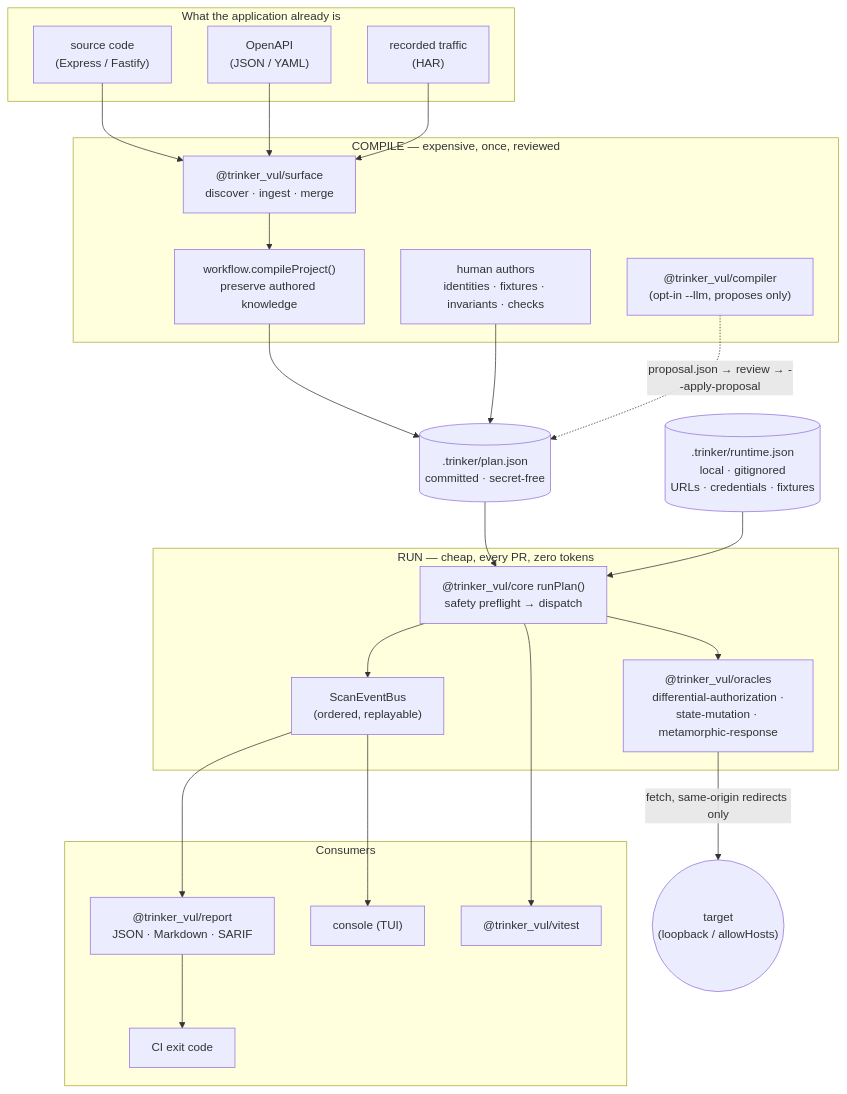
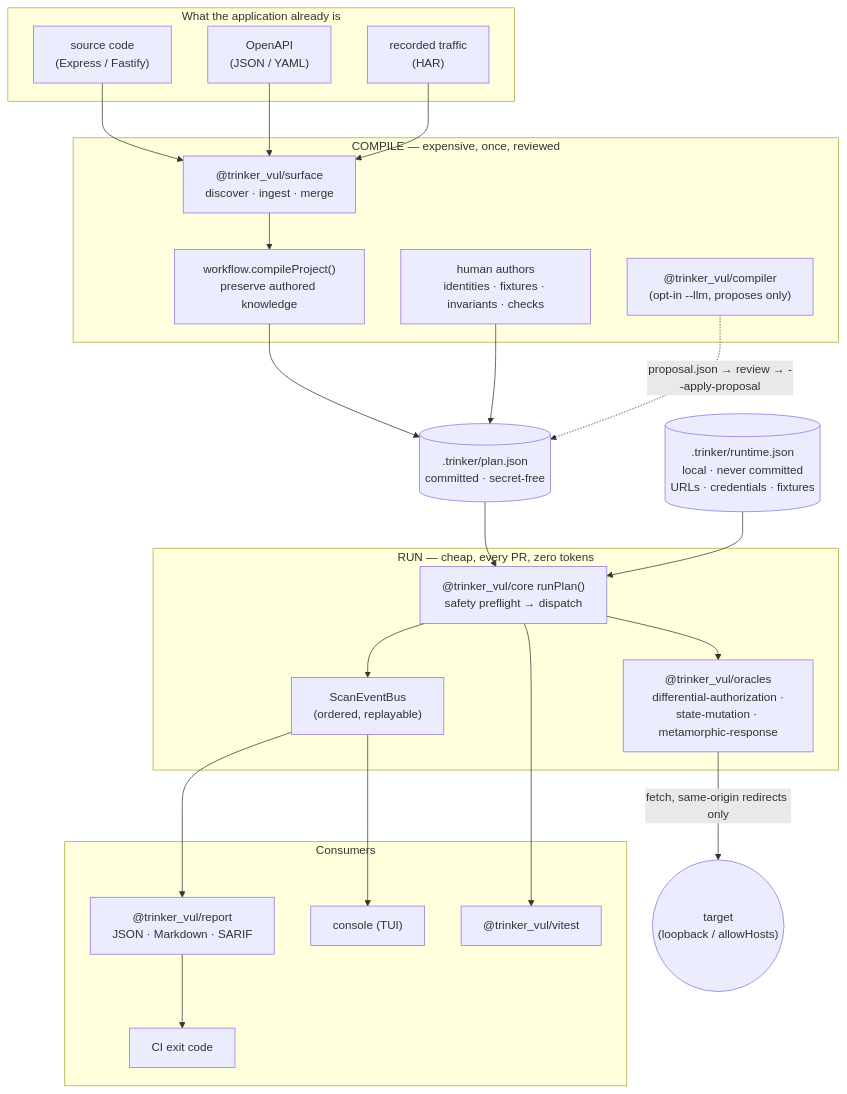
One commit to Paardhu22/trinker changed the first of 11 diagrams in README.md. Above: the diagram before and after it, drawn with Mermaid. The commit also changed other lines of this file, not shown here.

Commit message:
docs: README — init does not gitignore runtime.json; show how to

````diff
--- a/README.md
+++ b/README.md
@@ -114,44 +116,44 @@
 ```mermaid
 flowchart TB
     subgraph Inputs["What the application already is"]
         SRC["source code<br/>(Express / Fastify)"]
         OAS["OpenAPI<br/>(JSON / YAML)"]
         HAR["recorded traffic<br/>(HAR)"]
     end
 
     subgraph Compile["COMPILE — expensive, once, reviewed"]
         SURF["@trinker_vul/surface<br/>discover · ingest · merge"]
         DET["workflow.compileProject()<br/>preserve authored knowledge"]
         HUMAN["human authors<br/>identities · fixtures · invariants · checks"]
         LLM["@trinker_vul/compiler<br/>(opt-in --llm, proposes only)"]
     end
 
     PLAN[(".trinker/plan.json<br/>committed · secret-free")]
-    RT[(".trinker/runtime.json<br/>local · gitignored<br/>URLs · credentials · fixtures")]
+    RT[(".trinker/runtime.json<br/>local · never committed<br/>URLs · credentials · fixtures")]
 
     subgraph Run["RUN — cheap, every PR, zero tokens"]
         CORE["@trinker_vul/core runPlan()<br/>safety preflight → dispatch"]
         ORC["@trinker_vul/oracles<br/>differential-authorization ·<br/>state-mutation · metamorphic-response"]
         BUS["ScanEventBus<br/>(ordered, replayable)"]
     end
 
     subgraph Out["Consumers"]
         REP["@trinker_vul/report<br/>JSON · Markdown · SARIF"]
         TUI["console (TUI)"]
         CI["CI exit code"]
         VT["@trinker_vul/vitest"]
     end
 
     TARGET(("target<br/>(loopback / allowHosts)"))
 
     SRC & OAS & HAR --> SURF --> DET --> PLAN
     HUMAN --> PLAN
     LLM -.->|"proposal.json → review → --apply-proposal"| PLAN
     PLAN --> CORE
     RT --> CORE
     CORE --> ORC -->|"fetch, same-origin redirects only"| TARGET
     CORE --> BUS
     BUS --> TUI
     BUS --> REP --> CI
     CORE --> VT
 ```
````
